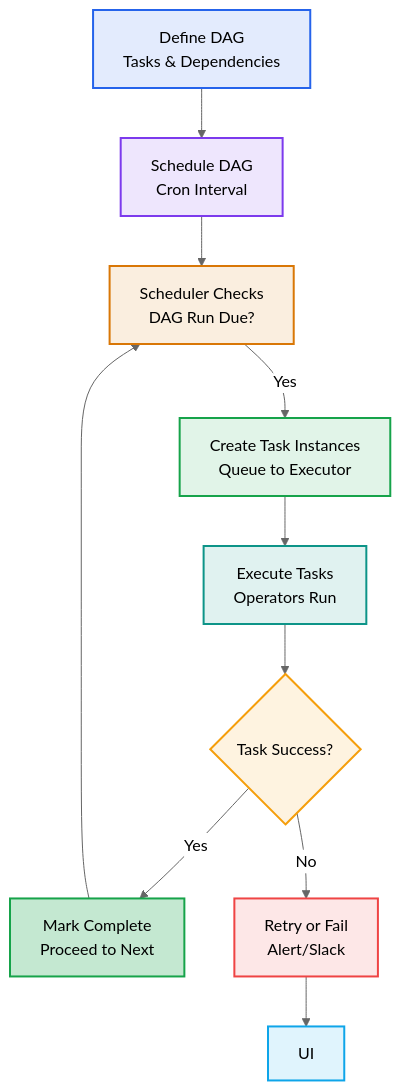
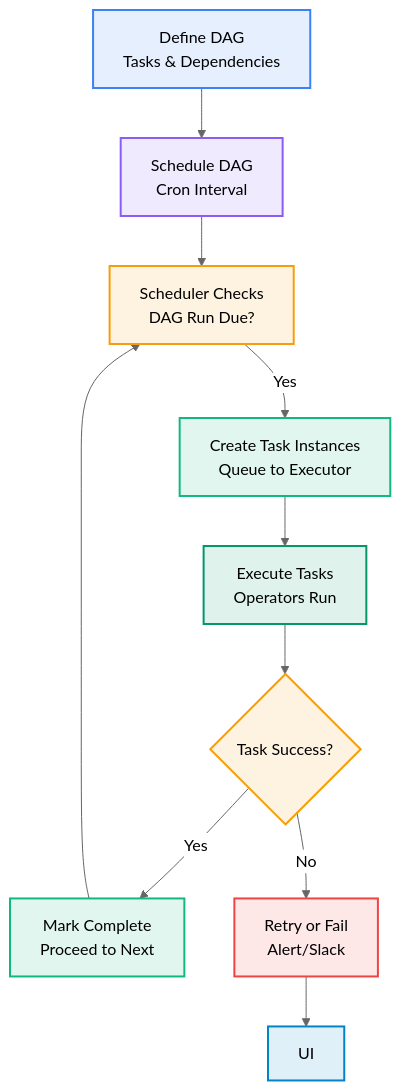
Before and after one commit to MadeInShineA/hei-course-summaries: the third of 5 diagrams in 302.1-data-computation/airflow.md, drawn with Mermaid (neutral theme). The commit also changed other lines of this file and 2 other files, not shown here.

Commit message:
Updated mermaid graphs colors

````diff
--- a/302.1-data-computation/airflow.md
+++ b/302.1-data-computation/airflow.md
@@ -172,22 +172,22 @@
 ```mermaid
 flowchart TD
     A[Define DAG<br/>Tasks & Dependencies] --> B[Schedule DAG<br/>Cron Interval]
     B --> C[Scheduler Checks<br/>DAG Run Due?]
     C -->|Yes| D[Create Task Instances<br/>Queue to Executor]
     D --> E[Execute Tasks<br/>Operators Run]
     E --> F{Task Success?}
     F -->|Yes| G[Mark Complete<br/>Proceed to Next]
     F -->|No| H[Retry or Fail<br/>Alert/Slack]
     G --> C
     H --> UI
     
-    style A fill:#2563eb20,stroke:#2563eb,stroke-width:2px
-    style B fill:#7c3aed20,stroke:#7c3aed,stroke-width:2px
-    style C fill:#d9770620,stroke:#d97706,stroke-width:2px
-    style D fill:#16a34a20,stroke:#16a34a,stroke-width:2px
-    style E fill:#0d948820,stroke:#0d9488,stroke-width:2px
+    style A fill:#3b82f620,stroke:#3b82f6,stroke-width:2px
+    style B fill:#8b5cf620,stroke:#8b5cf6,stroke-width:2px
+    style C fill:#f59e0b20,stroke:#f59e0b,stroke-width:2px
+    style D fill:#10b98120,stroke:#10b981,stroke-width:2px
+    style E fill:#05966920,stroke:#059669,stroke-width:2px
     style F fill:#f59e0b20,stroke:#f59e0b,stroke-width:2px
-    style G fill:#16a34a40,stroke:#16a34a,stroke-width:2px
+    style G fill:#10b98120,stroke:#10b981,stroke-width:2px
     style H fill:#ef444420,stroke:#ef4444,stroke-width:2px
-    style UI fill:#0ea5e920,stroke:#0ea5e9,stroke-width:2px
+    style UI fill:#0284c720,stroke:#0284c7,stroke-width:2px
 ```
````
